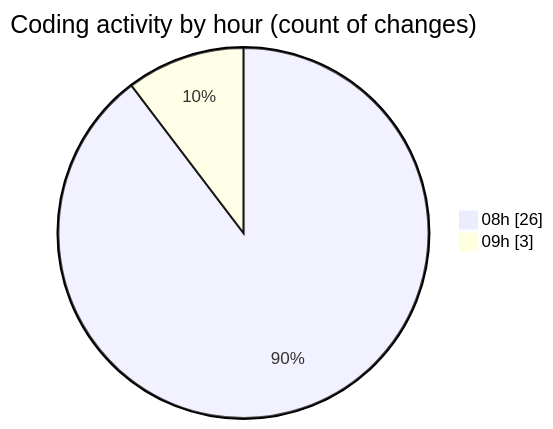
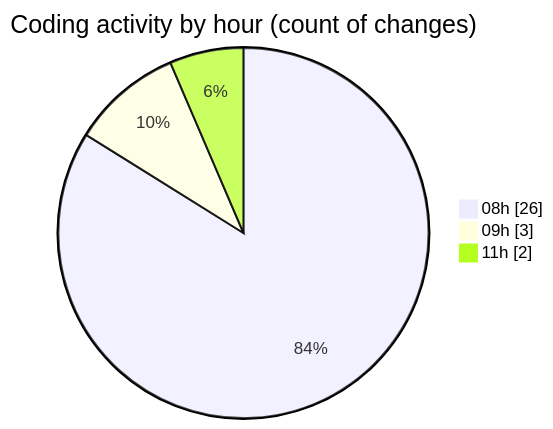
One commit to Elitesun/code-tracking changed the second of 2 diagrams in 2025-02-24/elitesgpt/README.md. Above: the diagram before and after it, drawn with Mermaid. The commit also changed other lines of this file and 1 other file, not shown here.

````diff
--- a/2025-02-24/elitesgpt/README.md
+++ b/2025-02-24/elitesgpt/README.md
@@ -30,6 +30,7 @@
 ```mermaid
 pie showData
 title Coding activity by hour (count of changes)
 "08h" : 26
 "09h" : 3
+"11h" : 2
 ```
````
